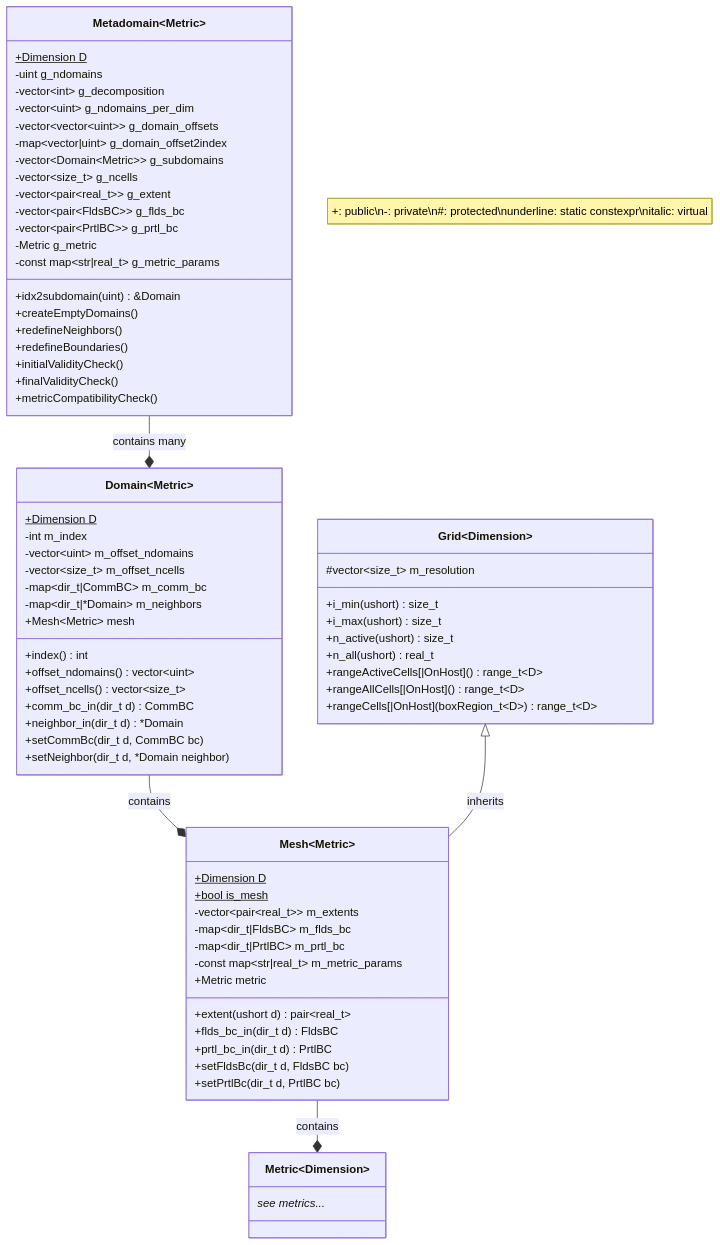
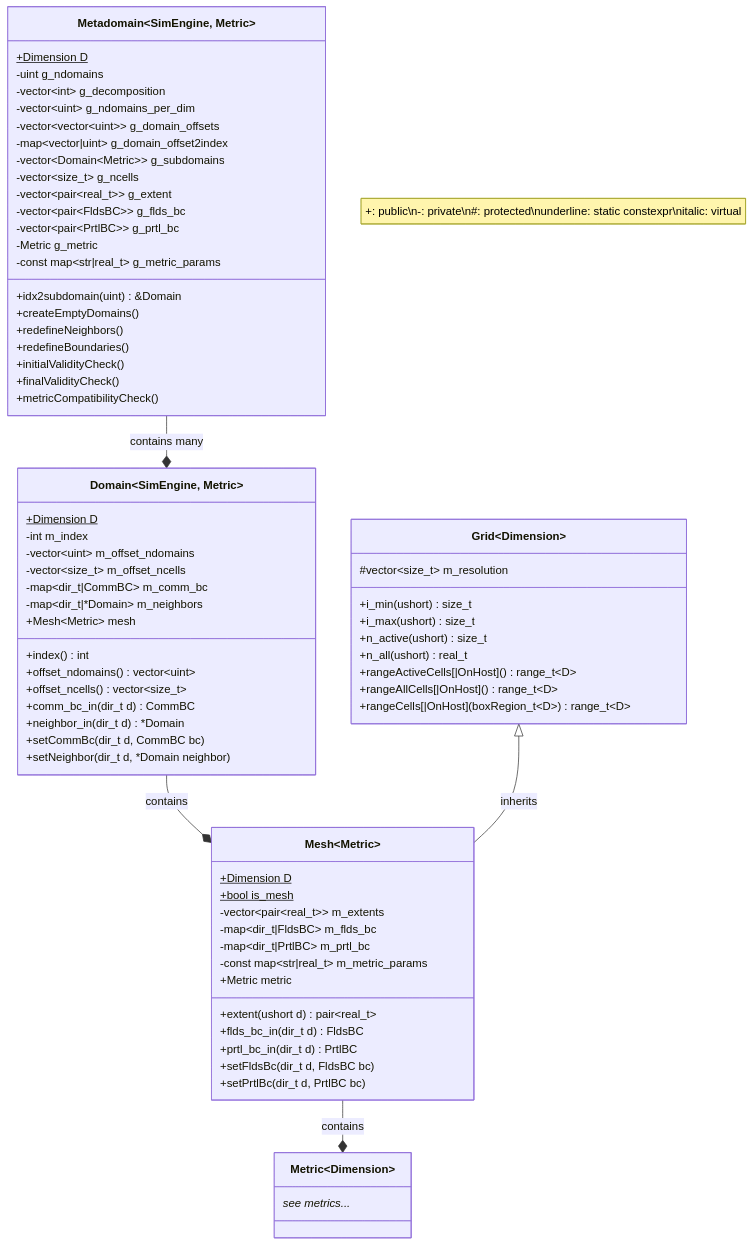
The diagram in docs/code/domains.md (entity-toolkit/wiki), drawn with Mermaid before and after one commit. The commit also changed 10 other files, not shown here.

````diff
--- a/docs/code/domains.md
+++ b/docs/code/domains.md
@@ -12,74 +12,74 @@
 ```mermaid
 classDiagram
-  class Metadomain~Metric~{
+  class Metadomain~SimEngine, Metric~{
     +Dimension D$
     -uint g_ndomains
     -vector~int~ g_decomposition
     -vector~uint~ g_ndomains_per_dim
     -vector~vector~uint~~ g_domain_offsets
     -map~vector|uint~ g_domain_offset2index
     -vector~Domain~Metric~~ g_subdomains
     -vector~size_t~ g_ncells
     -vector~pair~real_t~~ g_extent
     -vector~pair~FldsBC~~ g_flds_bc
     -vector~pair~PrtlBC~~ g_prtl_bc
     -Metric g_metric
     -const map~str|real_t~ g_metric_params
     +idx2subdomain(uint) &Domain
     +createEmptyDomains()
     +redefineNeighbors()
     +redefineBoundaries()
     +initialValidityCheck()
     +finalValidityCheck()
     +metricCompatibilityCheck()
   }
-  class Domain~Metric~{
+  class Domain~SimEngine, Metric~{
     +Dimension D$
     -int m_index
     -vector~uint~ m_offset_ndomains
     -vector~size_t~ m_offset_ncells
     -map~dir_t|CommBC~ m_comm_bc
     -map~dir_t|*Domain~ m_neighbors
     +Mesh~Metric~ mesh
     +index() int
     +offset_ndomains() vector~uint~
     +offset_ncells() vector~size_t~
     +comm_bc_in(dir_t d) CommBC
     +neighbor_in(dir_t d) *Domain
     +setCommBc(dir_t d, CommBC bc)
     +setNeighbor(dir_t d, *Domain neighbor)
   }
   class Grid~Dimension~{
     #vector~size_t~ m_resolution
     +i_min(ushort) size_t
     +i_max(ushort) size_t
     +n_active(ushort) size_t
     +n_all(ushort) real_t
     +rangeActiveCells[|OnHost]() range_t~D~
     +rangeAllCells[|OnHost]() range_t~D~
     +rangeCells[|OnHost](boxRegion_t~D~) range_t~D~
   }
   class Mesh~Metric~{
     +Dimension D$
     +bool is_mesh$
     -vector~pair~real_t~~ m_extents
     -map~dir_t|FldsBC~ m_flds_bc
     -map~dir_t|PrtlBC~ m_prtl_bc
     -const map~str|real_t~ m_metric_params
     +Metric metric
     +extent(ushort d) pair~real_t~
     +flds_bc_in(dir_t d) FldsBC
     +prtl_bc_in(dir_t d) PrtlBC
     +setFldsBc(dir_t d, FldsBC bc)
     +setPrtlBc(dir_t d, PrtlBC bc)
   }
   class Metric~Dimension~{
     see metrics...*
   }
   Domain --* Mesh : contains
   Grid <|-- Mesh : inherits
   Mesh --* Metric : contains
   Metadomain --* Domain : contains many
 
   note "+: public\n-: private\n#: protected\nunderline: static constexpr\nitalic: virtual"
 ```
````
